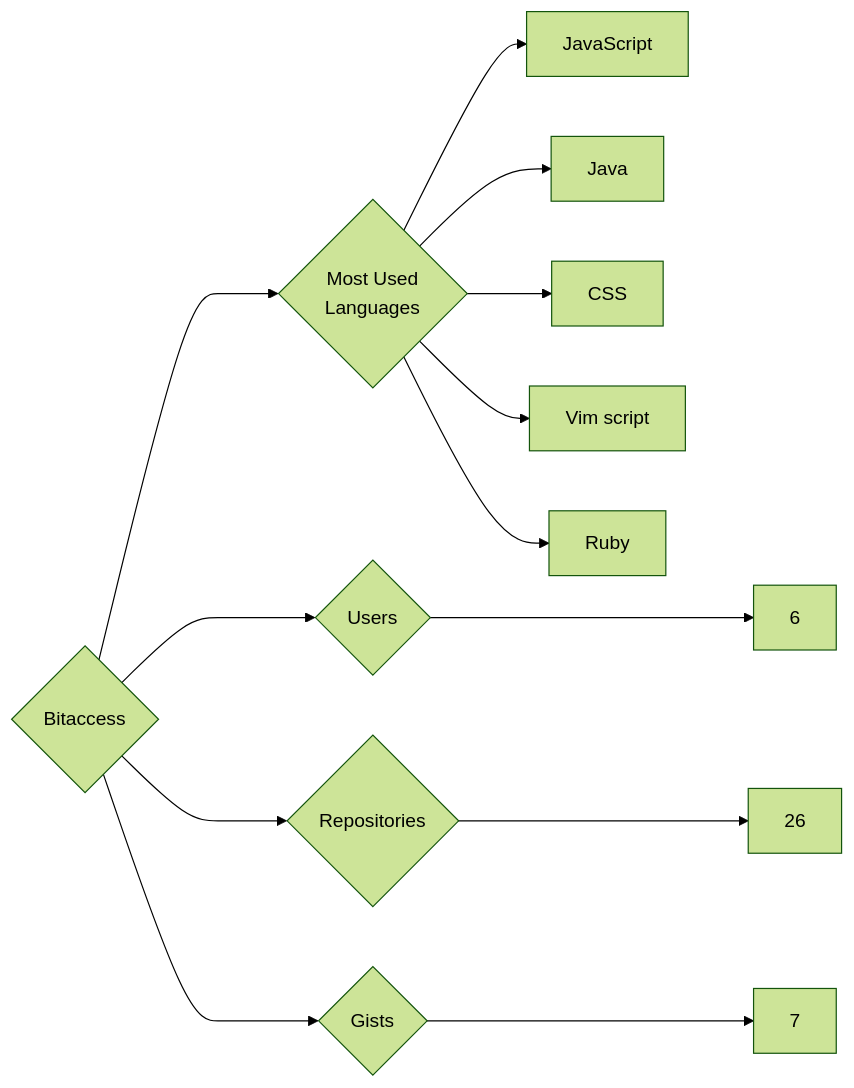
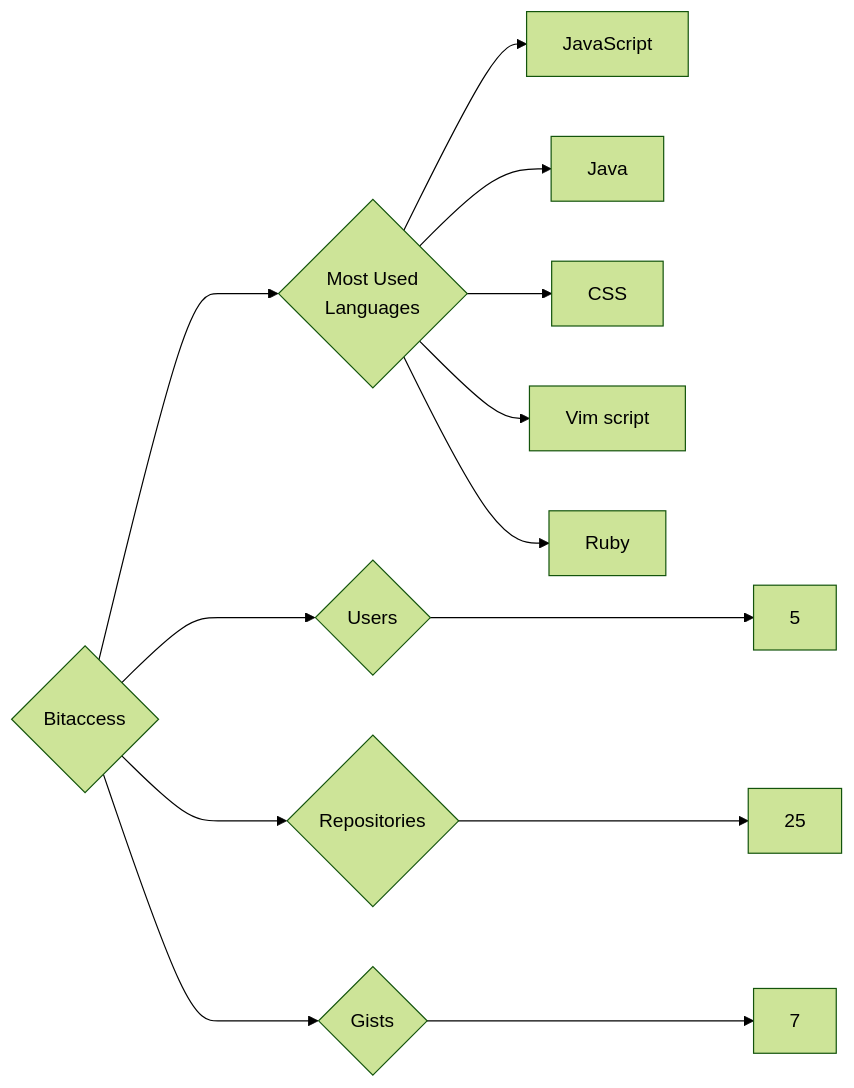
One commit to trickest/insiders changed the diagram in targets/Bitaccess/README.md. Above: the diagram before and after it, drawn with Mermaid (forest theme). The commit also changed 927 other files, not shown here.

````diff
--- a/targets/Bitaccess/README.md
+++ b/targets/Bitaccess/README.md
@@ -3,13 +3,13 @@
 ```mermaid
 graph LR
 COMPANY_NAME{Bitaccess}
-COMPANY_NAME ---> U{Users} ---> UN[6]
-COMPANY_NAME ---> R{Repositories} ---> RN[26]
+COMPANY_NAME ---> U{Users} ---> UN[5]
+COMPANY_NAME ---> R{Repositories} ---> RN[25]
 COMPANY_NAME ---> G{Gists} ---> GN[7]
 COMPANY_NAME ---> ML{Most Used<br>Languages}
 ML --> JavaScript[JavaScript]
 ML --> Java[Java]
 ML --> CSS[CSS]
 ML --> Vim_script[Vim script]
 ML --> Ruby[Ruby]
 ```
````
